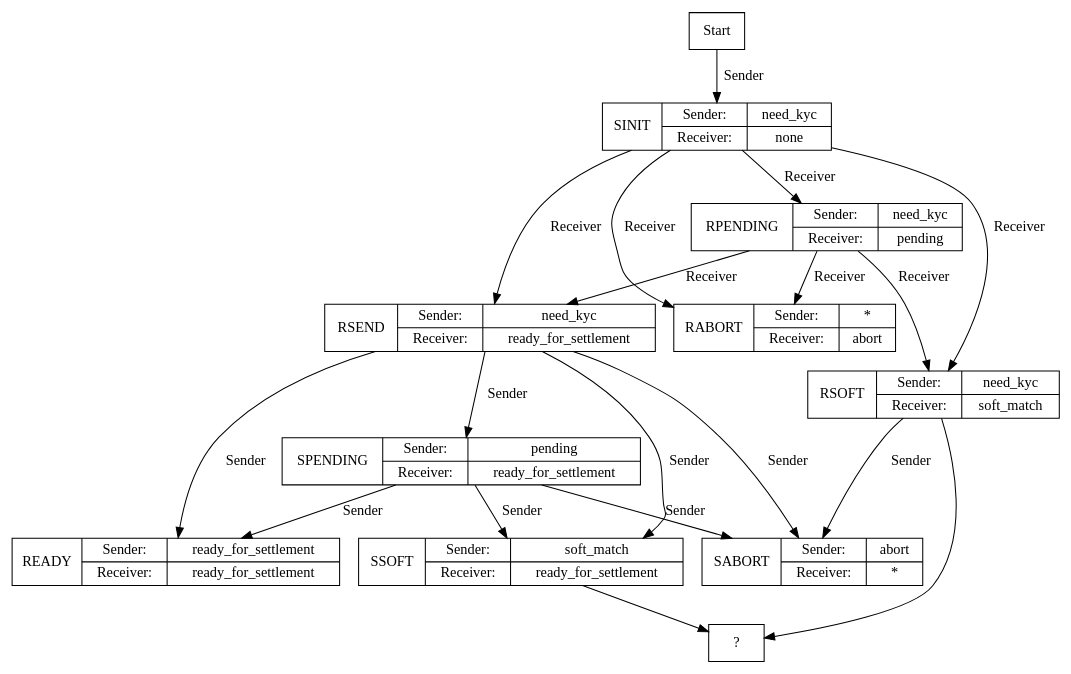
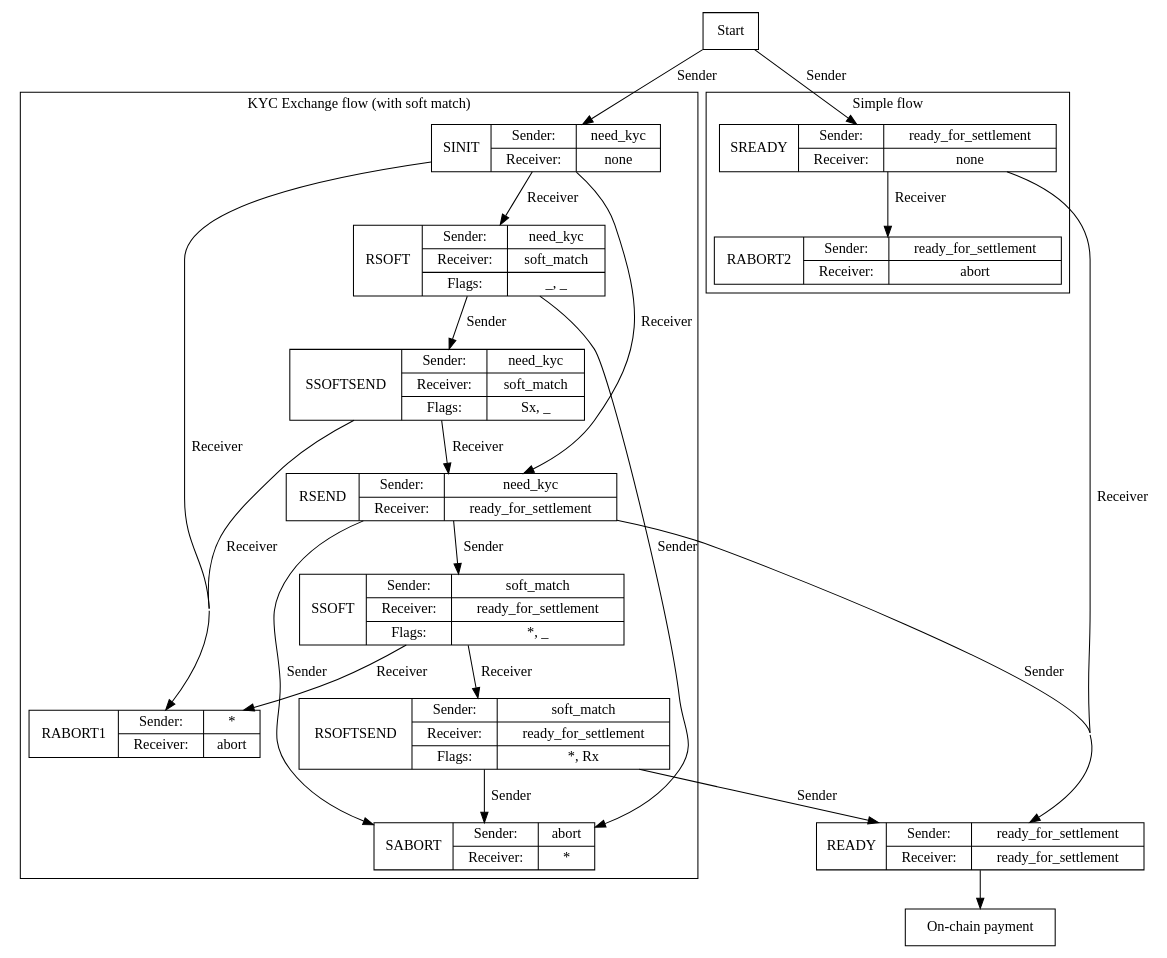
Before and after one commit to diem/off-chain-reference: the diagram in docs/state_machine_complex.dot, drawn with Graphviz. The commit also changed 1 other file, not shown here.

Commit message:
Diagrams

```diff
--- a/docs/state_machine_complex.dot
+++ b/docs/state_machine_complex.dot
@@ -1,48 +1,61 @@
 
 digraph G {
-  concentrate=False
+  concentrate=True;
   rankdir=TB;
   node [shape=record];
 
 # Happy path protocol
   0 [label="Start"];
   0->1 [label="Sender"]
+  0->10 [label="Sender"];
+
+
+  subgraph cluster_0 {
+  label = "KYC Exchange flow (with soft match)"
   1 [label="SINIT\n|{Sender:|Receiver:}|{{need_kyc}|{none}}"];
   1 -> 2 [ label="Receiver" ];
   1 -> 9002 [ label="Receiver" ];
   2 [label="RSEND\n|{Sender:|Receiver:}|{{need_kyc}|{ready_for_settlement}}"];
+
+  1 -> 4 [label="Receiver"];
+  4 [label = "RSOFT\n|{Sender:|Receiver:|Flags:}|{{need_kyc}|{soft_match}|{_, _}}"];
+
+  4 -> 5 [label = "Sender"];
+  4 -> 9001 [label = "Sender"];
+  5 [label = "SSOFTSEND\n|{Sender:|Receiver:|Flags:}|{{need_kyc}|{soft_match}|{Sx, _}}"];
+
+  5 -> 2 [label = "Receiver"];
+  5-> 9002 [label="Receiver"];
+
   9001 [label="SABORT\n|{Sender:|Receiver:}|{{abort}|{*}}"];
-  9002 [label="RABORT\n|{Sender:|Receiver:}|{{*}|{abort}}"];
-  3 [label="READY\n|{Sender:|Receiver:}|{{ready_for_settlement}|{ready_for_settlement}}",fillcolor=red];
-  2->3 [label="Sender"];
+  9002 [label="RABORT1\n|{Sender:|Receiver:}|{{*}|{abort}}"];
   2->9001 [label="Sender"]
 
 
-# Receiver solf-match flow
-  1->4 [label = "Receiver"];
-  4 [label="RPENDING\n|{Sender:|Receiver:}|{{need_kyc}|{pending}}"];
-  4 -> 9002 [label="Receiver"];
-  1->5 [label = "Receiver"];
-  4->5 [label="Receiver"];
-  4->2 [label="Receiver"];
-  5 [label="RSOFT\n|{Sender:|Receiver:}|{{need_kyc}|{soft_match}}"];
-  5 -> 999;
-  5 -> 9001 [label = "Sender"];
+  2 -> 6 [label = "Sender"];
+  6 [label = "SSOFT\n|{Sender:|Receiver:|Flags:}|{{soft_match}|{ready_for_settlement}|{*, _}}"];
 
-# Sender soft-match flow
-  2-> 6 [label="Sender"];
-  2-> 7 [label="Sender"];
-  6 [label="SPENDING\n|{Sender:|Receiver:}|{{pending}|{ready_for_settlement}}"];
-  6 -> 3 [label="Sender"];
-  6 -> 9001 [label="Sender"];
-  6 ->7 [label="Sender"];
-  7 [label="SSOFT\n|{Sender:|Receiver:}|{{soft_match}|{ready_for_settlement}}"];
-  7 -> 999;
+  6 -> 7 [label = "Receiver"];
+  6 -> 9002 [label = "Receiver"];
+  7 [label = "RSOFTSEND\n|{Sender:|Receiver:|Flags:}|{{soft_match}|{ready_for_settlement}|{*, Rx}}"];
+  7 -> 9001 [label = "Sender"];
 
+  }
 
+  3->999;
+  999 [label = "On-chain payment"]
 
-# Unknown
+  subgraph cluster_1 {
+  label = "Simple flow"
+  10 [label="SREADY\n|{Sender:|Receiver:}|{{ready_for_settlement}|{none}}"];
+  10 -> 9003 [label="Receiver"];
+  9003 [label="RABORT2\n|{Sender:|Receiver:}|{{ready_for_settlement}|{abort}}"];
+  }
 
- 999 [label = "?"]
+  7 -> 3 [label = "Sender"];
+  10 -> 3 [label="Receiver"];
+
+  3 [label="READY\n|{Sender:|Receiver:}|{{ready_for_settlement}|{ready_for_settlement}}",fillcolor=red];
+  2->3 [label="Sender"];
 
 }
```
